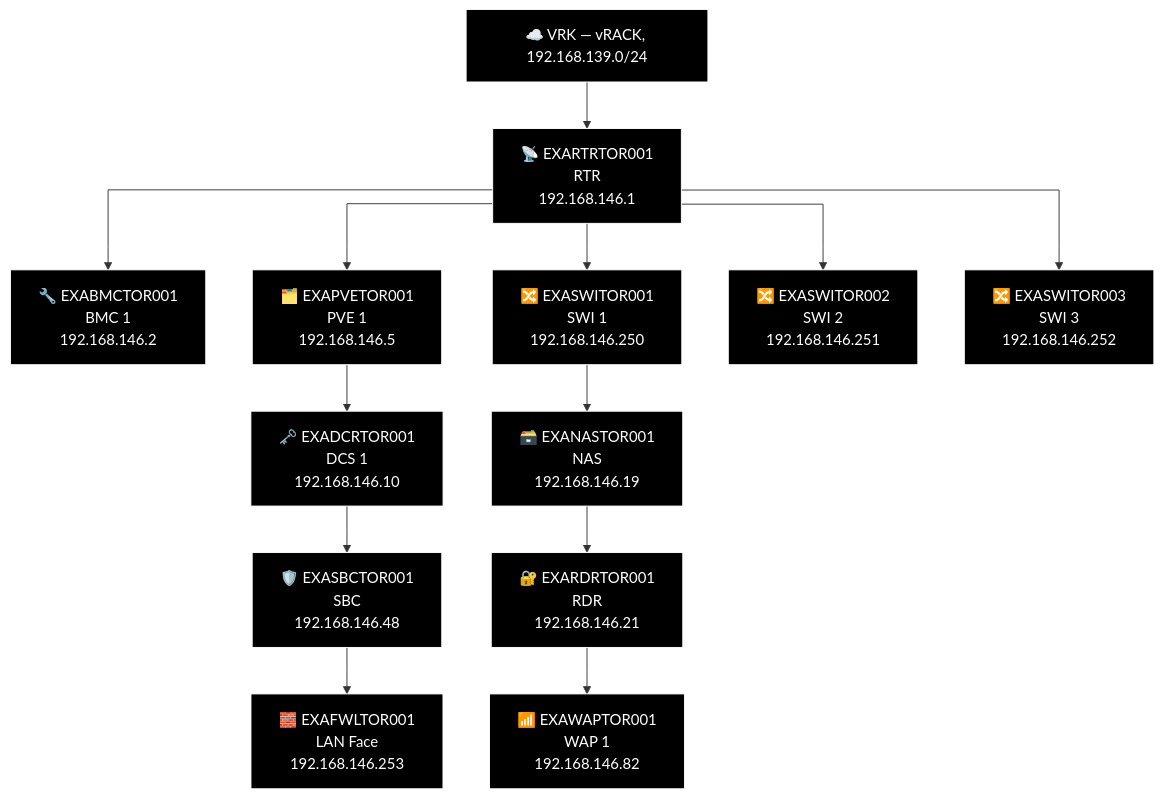
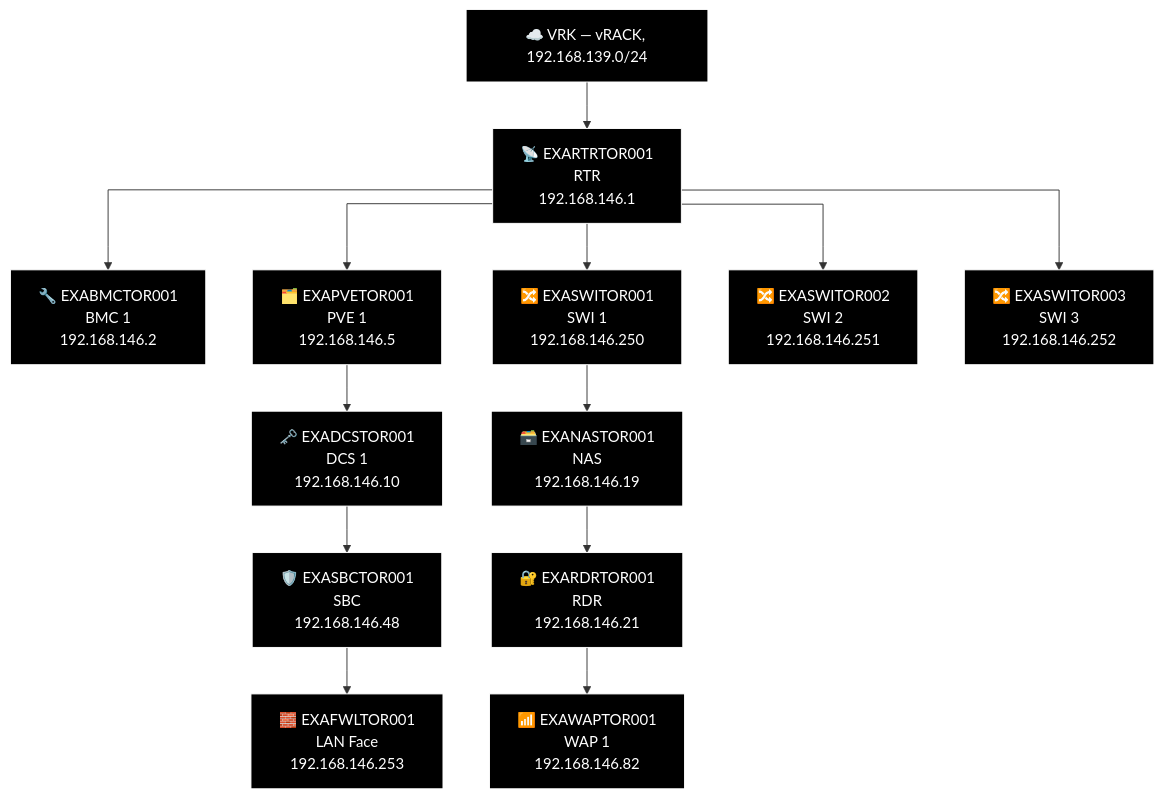
The sixth of 8 diagrams in docs/network-diagram/canada.md (knightmare2600/example_music_infra), drawn with Mermaid before and after one commit. The commit also changed other lines of this file and 11 other files, not shown here.

````diff
--- a/docs/network-diagram/canada.md
+++ b/docs/network-diagram/canada.md
@@ -268,40 +268,40 @@
 ```mermaid
 %% GENERATED:TOPOLOGY:TOR:START
 %%{init: {'flowchart': {'curve': 'stepAfter'}}}%%
 graph TD
     T_VRK["☁️ VRK — vRACK, 192.168.139.0/24"]
     T_RTR["📡 EXARTRTOR001<br/>RTR<br/>192.168.146.1"]
     T_VRK --> T_RTR
     T_BMC["🔧 EXABMCTOR001<br/>BMC 1<br/>192.168.146.2"]
     T_RTR --> T_BMC
     T_PVE["🗂️ EXAPVETOR001<br/>PVE 1<br/>192.168.146.5"]
     T_RTR --> T_PVE
     T_SWI["🔀 EXASWITOR001<br/>SWI 1<br/>192.168.146.250"]
     T_RTR --> T_SWI
     T_SWI2["🔀 EXASWITOR002<br/>SWI 2<br/>192.168.146.251"]
     T_RTR --> T_SWI2
     T_SWI3["🔀 EXASWITOR003<br/>SWI 3<br/>192.168.146.252"]
     T_RTR --> T_SWI3
     T_NAS["🗃️ EXANASTOR001<br/>NAS<br/>192.168.146.19"]
     T_RDR["🔐 EXARDRTOR001<br/>RDR<br/>192.168.146.21"]
     T_WAP["📶 EXAWAPTOR001<br/>WAP 1<br/>192.168.146.82"]
     T_SWI --> T_NAS --> T_RDR --> T_WAP
-    T_DCS["🗝️ EXADCRTOR001<br/>DCS 1<br/>192.168.146.10"]
+    T_DCS["🗝️ EXADCSTOR001<br/>DCS 1<br/>192.168.146.10"]
     T_SBC["🛡️ EXASBCTOR001<br/>SBC<br/>192.168.146.48"]
     T_FWL["🧱 EXAFWLTOR001<br/>LAN Face<br/>192.168.146.253"]
     T_PVE --> T_DCS --> T_SBC --> T_FWL
     style T_VRK fill:#000000,stroke:#FFFFFF,color:#FFFFFF
     style T_RTR fill:#000000,stroke:#FFFFFF,color:#FFFFFF
     style T_BMC fill:#000000,stroke:#FFFFFF,color:#FFFFFF
     style T_PVE fill:#000000,stroke:#FFFFFF,color:#FFFFFF
     style T_SWI fill:#000000,stroke:#FFFFFF,color:#FFFFFF
     style T_SWI2 fill:#000000,stroke:#FFFFFF,color:#FFFFFF
     style T_SWI3 fill:#000000,stroke:#FFFFFF,color:#FFFFFF
     style T_NAS fill:#000000,stroke:#FFFFFF,color:#FFFFFF
     style T_RDR fill:#000000,stroke:#FFFFFF,color:#FFFFFF
     style T_WAP fill:#000000,stroke:#FFFFFF,color:#FFFFFF
     style T_DCS fill:#000000,stroke:#FFFFFF,color:#FFFFFF
     style T_SBC fill:#000000,stroke:#FFFFFF,color:#FFFFFF
     style T_FWL fill:#000000,stroke:#FFFFFF,color:#FFFFFF
 %% GENERATED:TOPOLOGY:TOR:END
 ```
````
